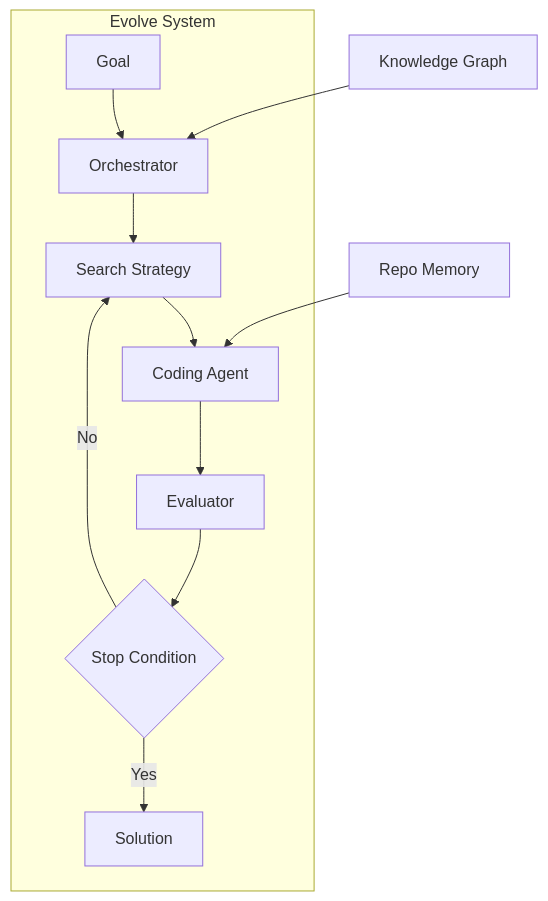
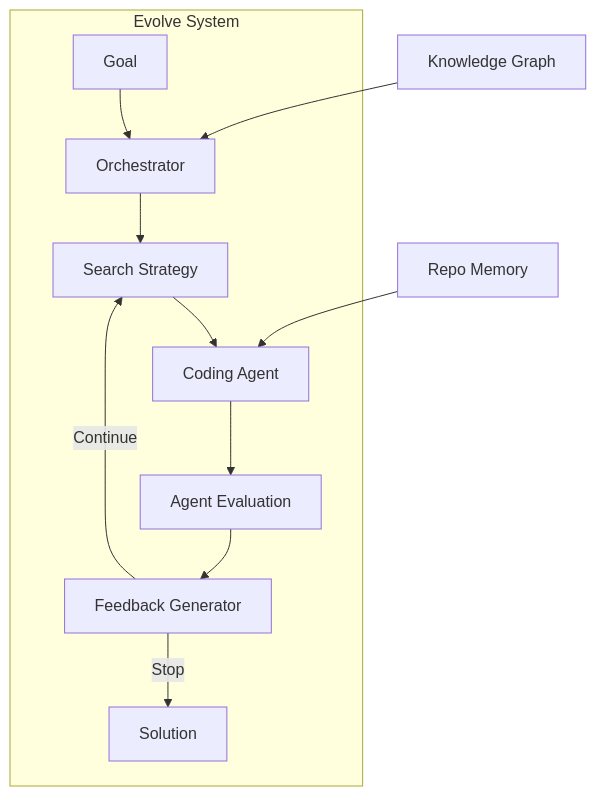
One commit to Leeroo-AI/kapso changed the diagram in docs/evolve/overview.mdx. Above: the diagram before and after it, drawn with Mermaid. The commit also changed other lines of this file and 16 other files, not shown here.

````diff
--- a/docs/evolve/overview.mdx
+++ b/docs/evolve/overview.mdx
@@ -12,15 +12,15 @@
 ```mermaid
 flowchart TB
     subgraph Evolve["Evolve System"]
         G[Goal] --> O[Orchestrator]
         O --> SS[Search Strategy]
         SS --> CA[Coding Agent]
-        CA --> E[Evaluator]
-        E --> SC{Stop Condition}
-        SC -->|No| SS
-        SC -->|Yes| S[Solution]
+        CA --> AE[Agent Evaluation]
+        AE --> FG[Feedback Generator]
+        FG -->|Continue| SS
+        FG -->|Stop| S[Solution]
     end
     
     KG[Knowledge Graph] --> O
     RM[Repo Memory] --> CA
 ```
````
